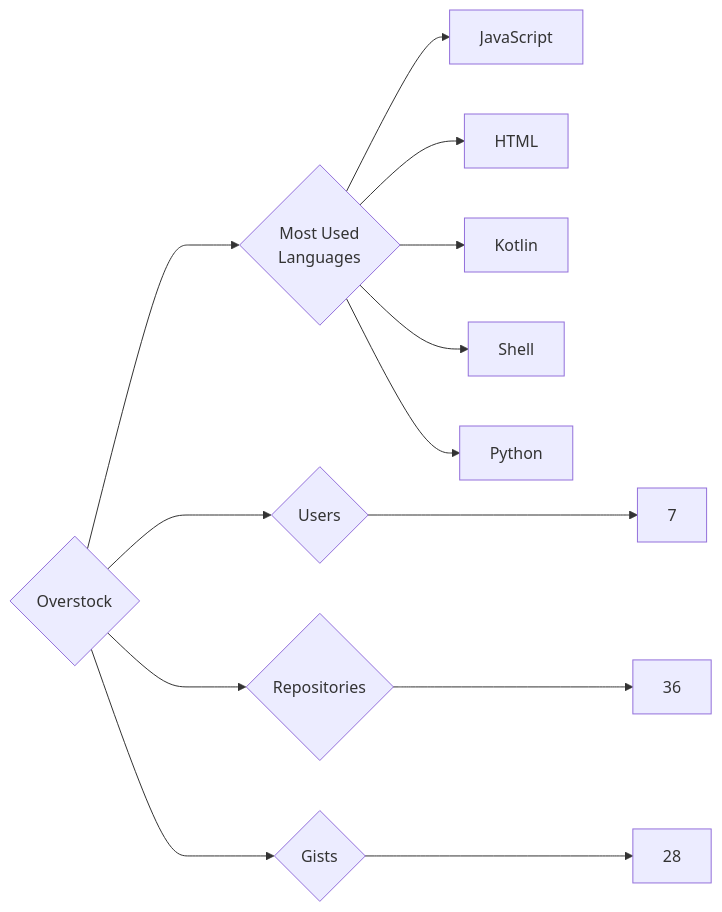
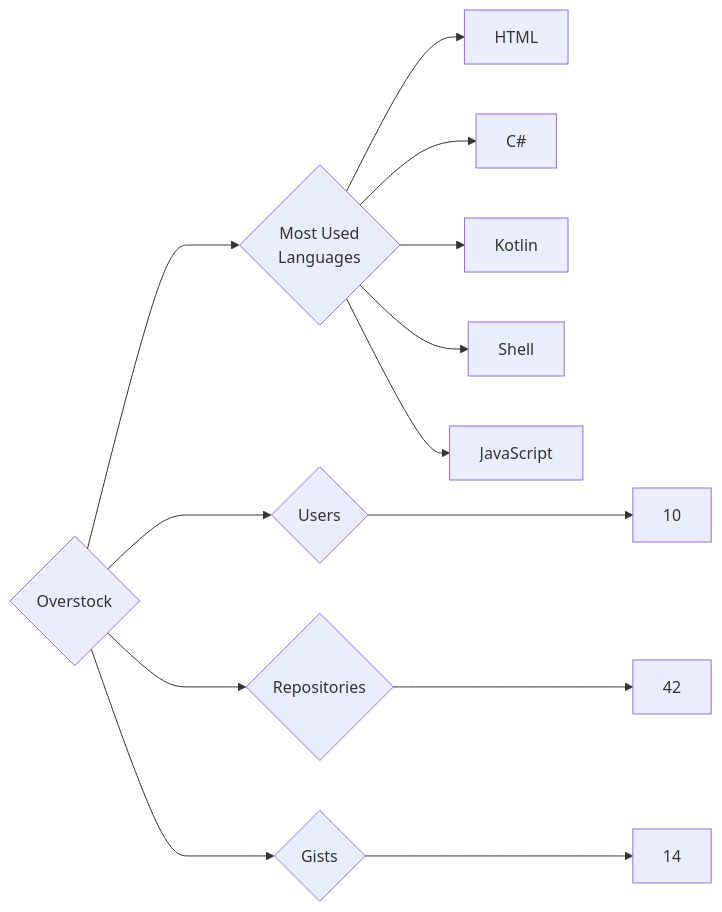
The diagram in targets/Overstock/README.md (trickest/insiders), drawn with Mermaid before and after one commit. The commit also changed 964 other files, not shown here.

````diff
--- a/targets/Overstock/README.md
+++ b/targets/Overstock/README.md
@@ -3,13 +3,13 @@
 ```mermaid
 graph LR
 COMPANY_NAME{Overstock}
-COMPANY_NAME ---> U{Users} ---> UN[7]
-COMPANY_NAME ---> R{Repositories} ---> RN[36]
-COMPANY_NAME ---> G{Gists} ---> GN[28]
+COMPANY_NAME ---> U{Users} ---> UN[10]
+COMPANY_NAME ---> R{Repositories} ---> RN[42]
+COMPANY_NAME ---> G{Gists} ---> GN[14]
 COMPANY_NAME ---> ML{Most Used<br>Languages}
-ML --> JavaScript[JavaScript]
 ML --> HTML[HTML]
+ML --> C#[C#]
 ML --> Kotlin[Kotlin]
 ML --> Shell[Shell]
-ML --> Python[Python]
+ML --> JavaScript[JavaScript]
 ```
````
